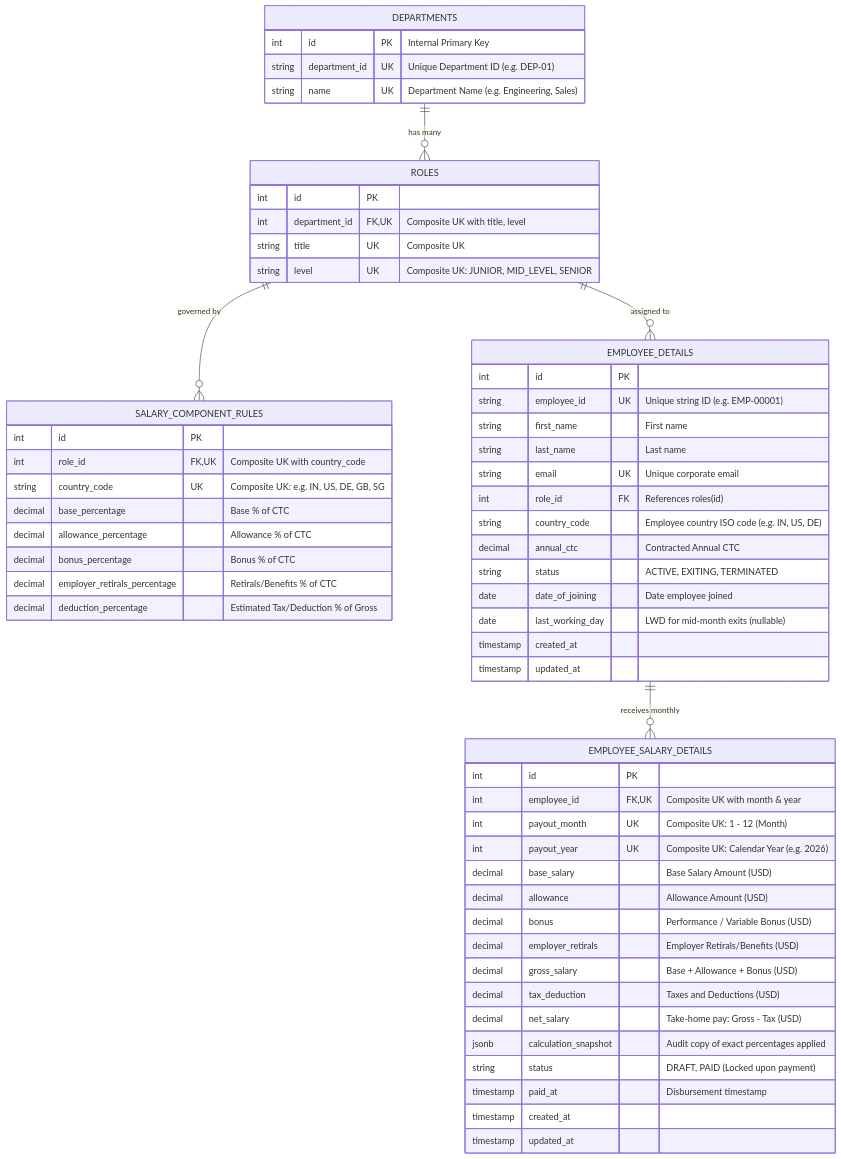
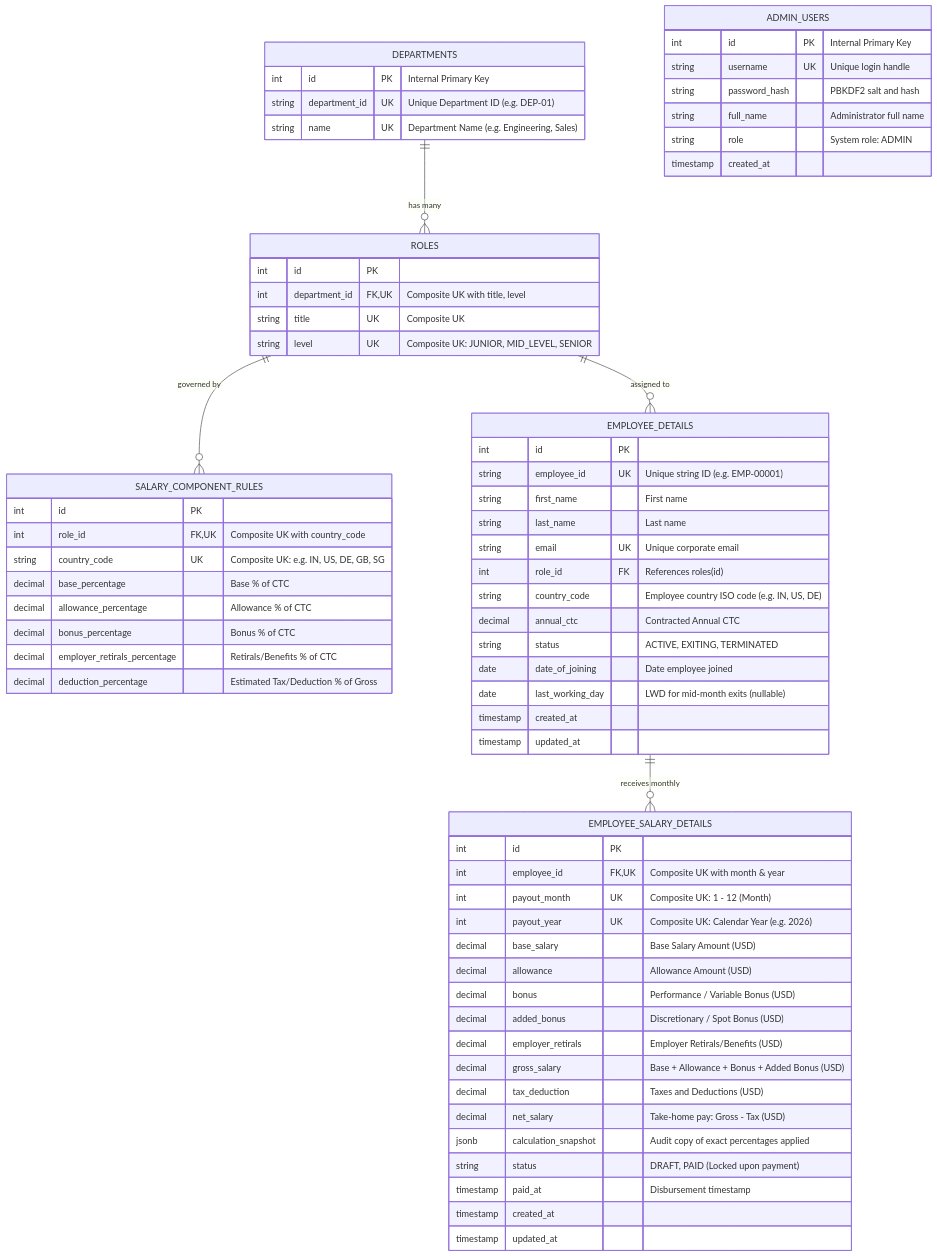
One commit to moumita22/salary-management-system changed the diagram in docs/ER_DIAGRAM.md. Above: the diagram before and after it, drawn with Mermaid. The commit also changed other lines of this file and 5 other files, not shown here.

````diff
--- a/docs/ER_DIAGRAM.md
+++ b/docs/ER_DIAGRAM.md
@@ -10,66 +10,76 @@
 ```mermaid
 erDiagram
     DEPARTMENTS ||--o{ ROLES : "has many"
     ROLES ||--o{ SALARY_COMPONENT_RULES : "governed by"
     ROLES ||--o{ EMPLOYEE_DETAILS : "assigned to"
     EMPLOYEE_DETAILS ||--o{ EMPLOYEE_SALARY_DETAILS : "receives monthly"
+
+    ADMIN_USERS {
+        int id PK "Internal Primary Key"
+        string username UK "Unique login handle"
+        string password_hash "PBKDF2 salt and hash"
+        string full_name "Administrator full name"
+        string role "System role: ADMIN"
+        timestamp created_at
+    }
 
     DEPARTMENTS {
         int id PK "Internal Primary Key"
         string department_id UK "Unique Department ID (e.g. DEP-01)"
         string name UK "Department Name (e.g. Engineering, Sales)"
     }
 
     ROLES {
         int id PK
         int department_id FK, UK "Composite UK with title, level"
         string title UK "Composite UK"
         string level UK "Composite UK: JUNIOR, MID_LEVEL, SENIOR"
     }
 
     SALARY_COMPONENT_RULES {
         int id PK
         int role_id FK, UK "Composite UK with country_code"
         string country_code UK "Composite UK: e.g. IN, US, DE, GB, SG"
         decimal base_percentage "Base % of CTC"
         decimal allowance_percentage "Allowance % of CTC"
         decimal bonus_percentage "Bonus % of CTC"
         decimal employer_retirals_percentage "Retirals/Benefits % of CTC"
         decimal deduction_percentage "Estimated Tax/Deduction % of Gross"
     }
 
     EMPLOYEE_DETAILS {
         int id PK
         string employee_id UK "Unique string ID (e.g. EMP-00001)"
         string first_name "First name"
         string last_name "Last name"
         string email UK "Unique corporate email"
         int role_id FK "References roles(id)"
         string country_code "Employee country ISO code (e.g. IN, US, DE)"
         decimal annual_ctc "Contracted Annual CTC"
         string status "ACTIVE, EXITING, TERMINATED"
         date date_of_joining "Date employee joined"
         date last_working_day "LWD for mid-month exits (nullable)"
         timestamp created_at
         timestamp updated_at
     }
 
     EMPLOYEE_SALARY_DETAILS {
         int id PK
         int employee_id FK, UK "Composite UK with month & year"
         int payout_month UK "Composite UK: 1 - 12 (Month)"
         int payout_year UK "Composite UK: Calendar Year (e.g. 2026)"
         decimal base_salary "Base Salary Amount (USD)"
         decimal allowance "Allowance Amount (USD)"
         decimal bonus "Performance / Variable Bonus (USD)"
+        decimal added_bonus "Discretionary / Spot Bonus (USD)"
         decimal employer_retirals "Employer Retirals/Benefits (USD)"
-        decimal gross_salary "Base + Allowance + Bonus (USD)"
+        decimal gross_salary "Base + Allowance + Bonus + Added Bonus (USD)"
         decimal tax_deduction "Taxes and Deductions (USD)"
         decimal net_salary "Take-home pay: Gross - Tax (USD)"
         jsonb calculation_snapshot "Audit copy of exact percentages applied"
         string status "DRAFT, PAID (Locked upon payment)"
         timestamp paid_at "Disbursement timestamp"
         timestamp created_at
         timestamp updated_at
     }
 ```
````
